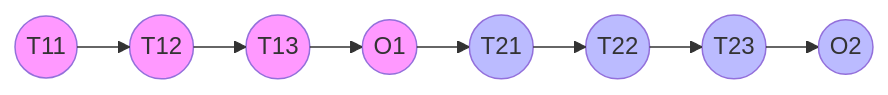
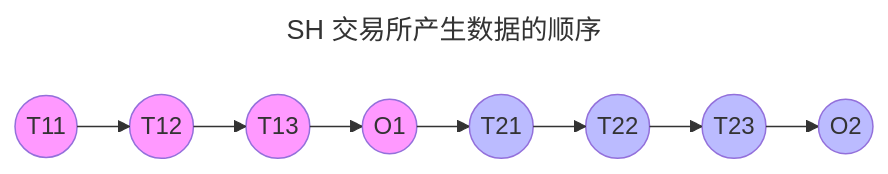
One commit to zen-xu/obsidian changed the second of 2 diagrams in 100 Notes/金融量化/业务/SH 交易所 L2 Order 和 Trade 关系.md. Above: the diagram before and after it, drawn with Mermaid. The commit also changed other lines of this file and 1 other file, not shown here.

````diff
--- a/100 Notes/金融量化/业务/SH 交易所 L2 Order 和 Trade 关系.md
+++ b/100 Notes/金融量化/业务/SH 交易所 L2 Order 和 Trade 关系.md
@@ -34,24 +37,25 @@
 ```mermaid
 ---
+title: SH 交易所产生数据的顺序
 config:
   layout: elk
 ---
 flowchart LR
   O1@{ shape: circle }
   T11@{ shape: circle }
   T12@{ shape: circle }
   T13@{ shape: circle }
   O2@{ shape: circle }
   T21@{ shape: circle }
   T22@{ shape: circle }
   T23@{ shape: circle }
   
   T11 --> T12 --> T13 --> O1
   O1 --> T21
   T21 --> T22 --> T23 --> O2
   
   classDef order1 fill:#f9f;
   classDef order2 fill:#bbf;
   class O1,T11,T12,T13 order1;
   class O2,T21,T22,T23 order2;
 ```
````
